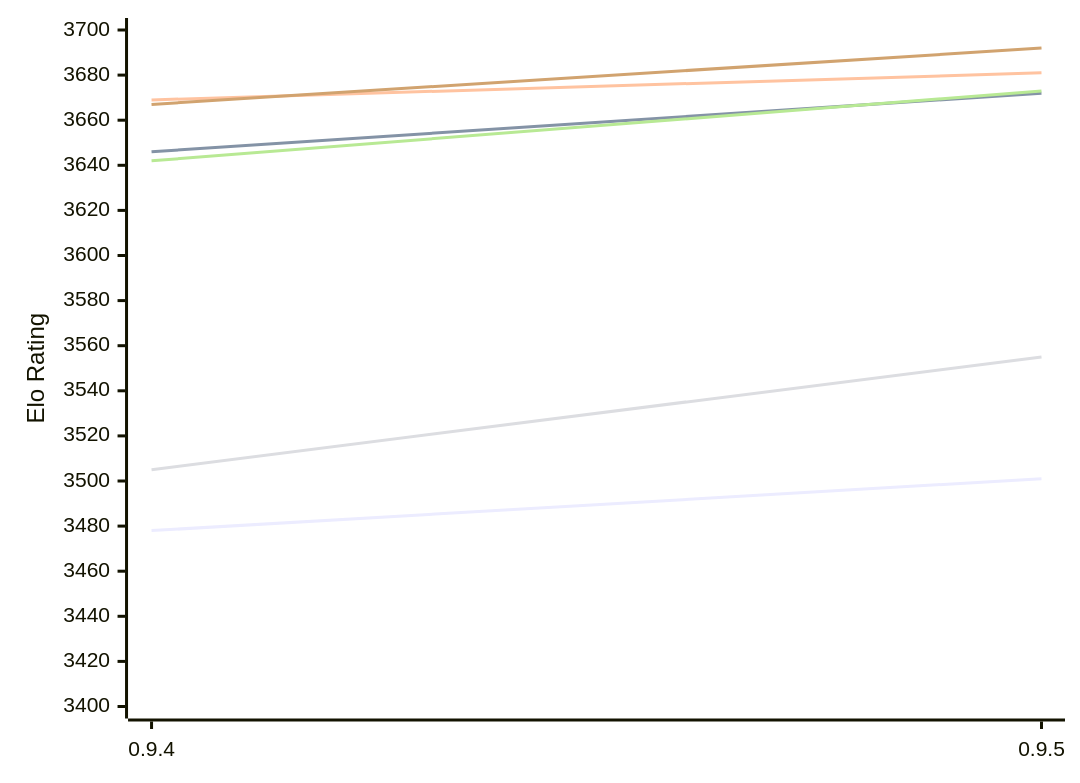
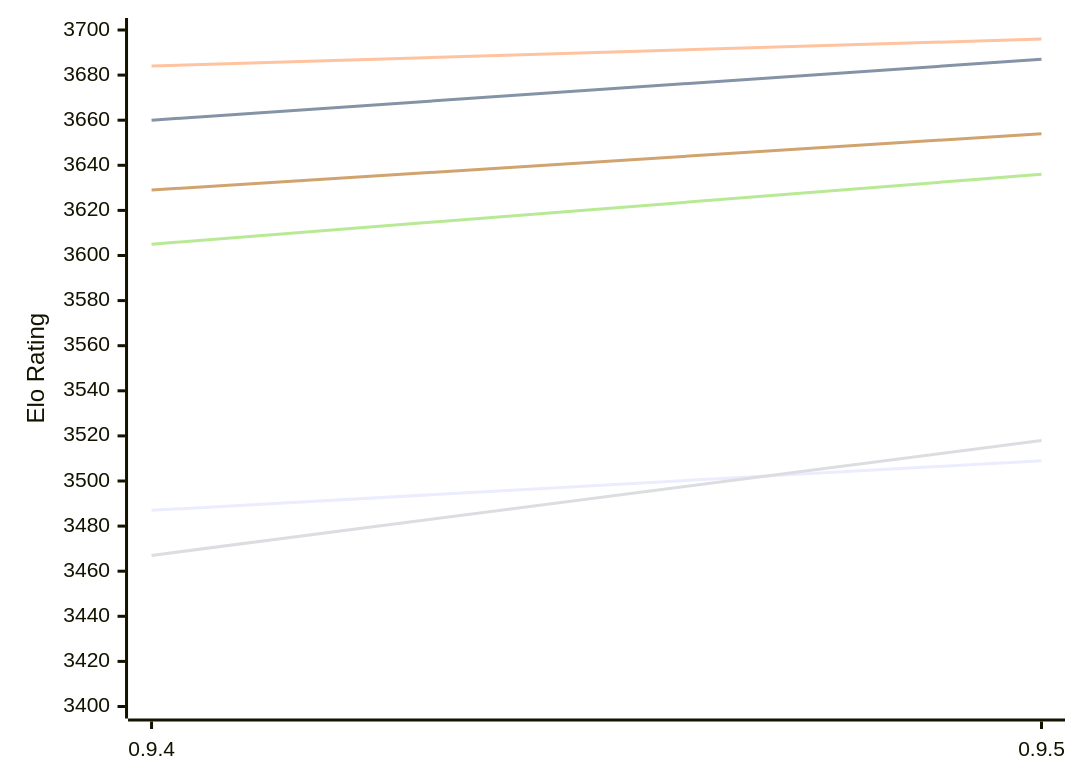
The first of 2 diagrams in engines/Coda.md (computer-chess-index/cci), drawn with Mermaid before and after one commit. The commit also changed other lines of this file, not shown here.

Commit message:
Update CCI Ratings (ELO VLTC) - 2026-11-14

````diff
--- a/engines/Coda.md
+++ b/engines/Coda.md
@@ -52,12 +52,12 @@
 ```mermaid
 %%{init: {"theme":"base","themeVariables":{"seriesColors:['#a3a3a3','#222221','#faa371']}}}%%
 xychart-beta
   x-axis ["0.9.4", "0.9.5"]
   y-axis "Elo Rating" 3400 --> 3700
-  line "E1: STC (8.0+0.08s)" [3478, 3501]
-  line "E1: LTC (60.0+0.60s)" [3646, 3672]
-  line "E1: VLTC (2m24s+1.12s)" [3669, 3681]
-  line "P1: STC (8.0+0.08s)" [3505, 3555]
-  line "P1: LTC (60.0+0.60s)" [3642, 3673]
-  line "P1: VLTC (2m24s+1.12s)" [3667, 3692]
+  line "E1: STC (8.0+0.08s)" [3487, 3509]
+  line "E1: LTC (60.0+0.60s)" [3660, 3687]
+  line "E1: VLTC (2m24s+1.12s)" [3684, 3696]
+  line "P1: STC (8.0+0.08s)" [3467, 3518]
+  line "P1: LTC (60.0+0.60s)" [3605, 3636]
+  line "P1: VLTC (2m24s+1.12s)" [3629, 3654]
 ```
````
